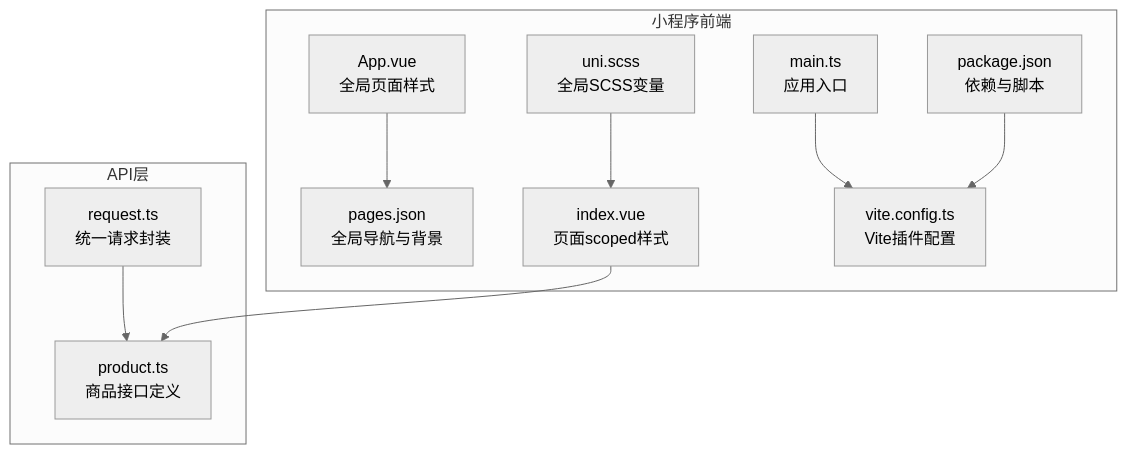
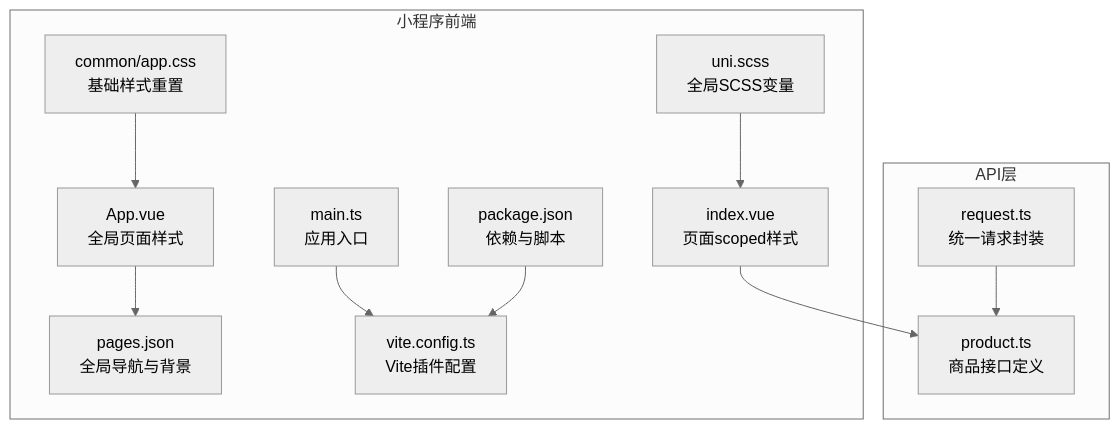
The first of 4 diagrams in .qoder/repowiki/zh/content/前端架构设计/UI样式系统.md (QtImM/wechatMiniprogram_Store), drawn with Mermaid (neutral theme) before and after one commit. The commit also changed other lines of this file and 41 other files, not shown here.

````diff
--- a/.qoder/repowiki/zh/content/前端架构设计/UI样式系统.md
+++ b/.qoder/repowiki/zh/content/前端架构设计/UI样式系统.md
@@ -36,13 +42,14 @@
 ```mermaid
 graph TB
 subgraph "小程序前端"
 A["App.vue<br/>全局页面样式"] --> B["pages.json<br/>全局导航与背景"]
 C["uni.scss<br/>全局SCSS变量"] --> D["index.vue<br/>页面scoped样式"]
 E["main.ts<br/>应用入口"] --> F["vite.config.ts<br/>Vite插件配置"]
 G["package.json<br/>依赖与脚本"] --> F
+H["common/app.css<br/>基础样式重置"] --> A
 end
 subgraph "API层"
-H["request.ts<br/>统一请求封装"] --> I["product.ts<br/>商品接口定义"]
+I["request.ts<br/>统一请求封装"] --> J["product.ts<br/>商品接口定义"]
 end
-D --> I
+D --> J
 ```
````
